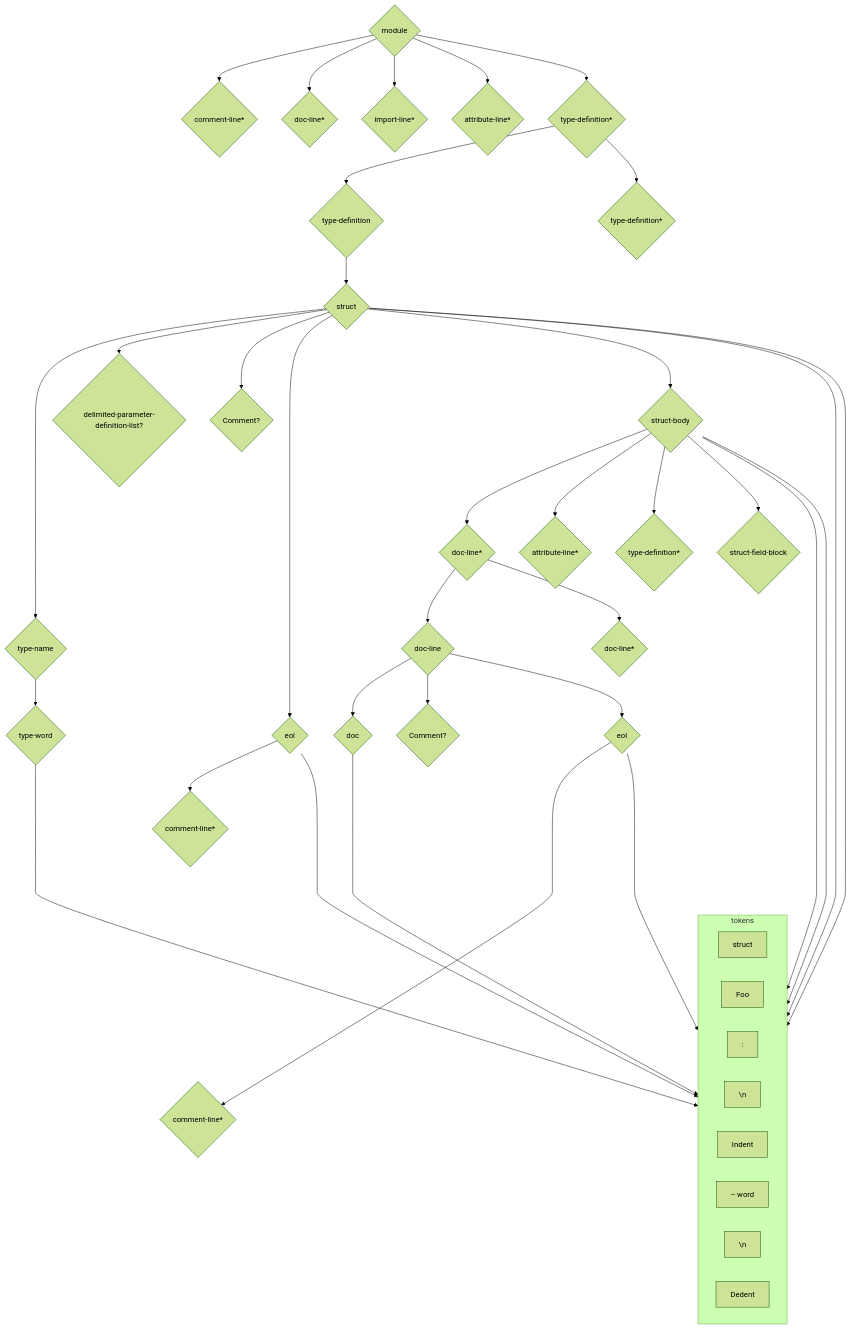
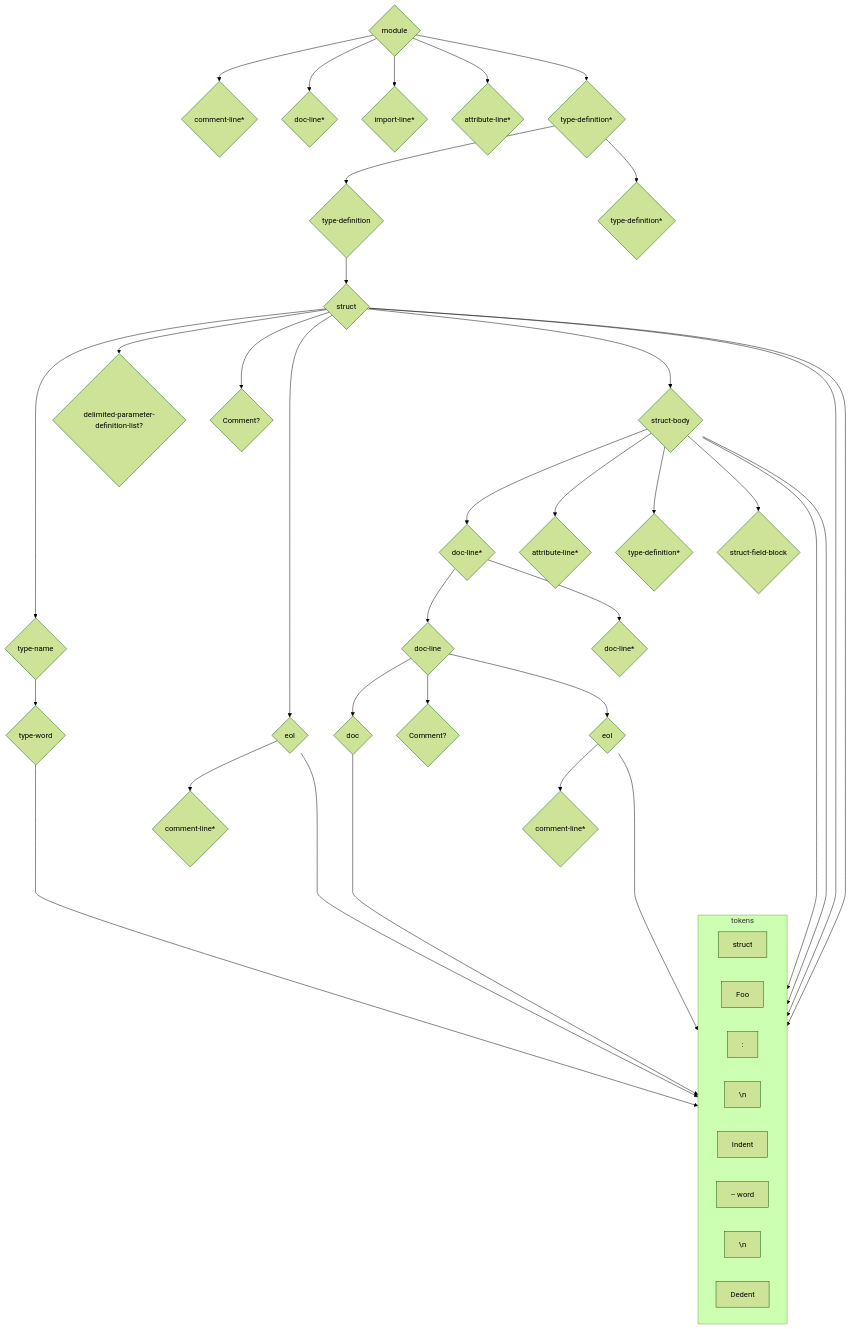
The seventh of 7 diagrams in doc/design.md (reventlov/emboss), drawn with Mermaid (forest theme) before and after one commit.

````diff
--- a/doc/design.md
+++ b/doc/design.md
@@ -472,73 +472,73 @@
 ```mermaid
 graph TD
         r0@{shape: diamond, label: "module"}
         r1@{shape: diamond, label: "comment-line*"}
         r2@{shape: diamond, label: "doc-line*"}
         r3@{shape: diamond, label: "import-line*"}
         r4@{shape: diamond, label: "attribute-line*"}
         r5@{shape: diamond, label: "type-definition*"}
         r6@{shape: diamond, label: "type-definition"}
         r7@{shape: diamond, label: "struct"}
         r8@{shape: diamond, label: "type-name"}
         r9@{shape: diamond, label: "type-word"}
         r10@{shape: diamond, label: "delimited-parameter-definition-list?"}
         r11@{shape: diamond, label: "Comment?"}
         r12@{shape: diamond, label: "eol"}
         r13@{shape: diamond, label: "comment-line*"}
         r14@{shape: diamond, label: "struct-body"}
         r15@{shape: diamond, label: "doc-line*"}
         r16@{shape: diamond, label: "doc-line"}
         r17@{shape: diamond, label: "doc"}
         r18@{shape: diamond, label: "Comment?"}
         r19@{shape: diamond, label: "eol"}
         r20@{shape: diamond, label: "comment-line*"}
         r21@{shape: diamond, label: "doc-line*"}
         r22@{shape: diamond, label: "attribute-line*"}
         r23@{shape: diamond, label: "type-definition*"}
         r24@{shape: diamond, label: "struct-field-block"}
         r25@{shape: diamond, label: "type-definition*"}
     subgraph tokens
         direction LR
         t0@{shape: rect, label: "struct"}
         t1@{shape: rect, label: "Foo"}
         t2@{shape: rect, label: ":"}
         t3@{shape: rect, label: "\\n"}
         t4@{shape: rect, label: "Indent"}
         t5@{shape: rect, label: "-- word"}
         t6@{shape: rect, label: "\\n"}
         t7@{shape: rect, label: "Dedent"}
     end
     r0 --> r1
     r0 --> r2
     r0 --> r3
     r0 --> r4
     r0 --> r5
     r5 --> r6
     r5 --> r25
     r6 --> r7
     r7 ----> t0
     r7 --> r8
     r7 --> r10
     r7 ----> t2
     r7 --> r11
     r7 --> r12
     r7 --> r14
     r8 --> r9
     r9 ----> t1
     r12 ----> t3
     r12 --> r13
     r14 ----> t4
     r14 --> r15
     r14 --> r22
     r14 --> r23
     r14 --> r24
     r14 ----> t7
     r15 --> r16
     r15 --> r21
     r16 --> r17
     r16 --> r18
     r16 --> r19
     r17 ----> t5
     r19 ----> t6
-    r19 ----> r20
+    r19 --> r20
 ```
````
